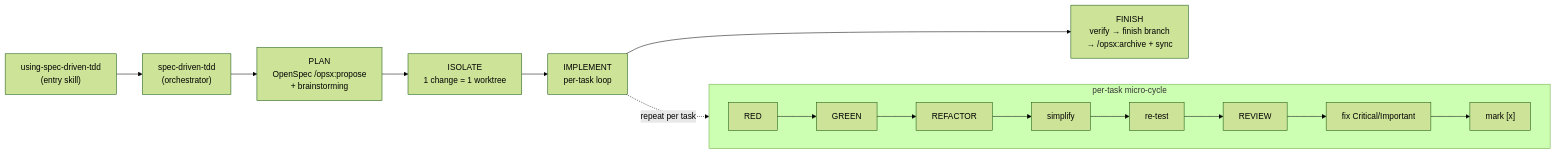
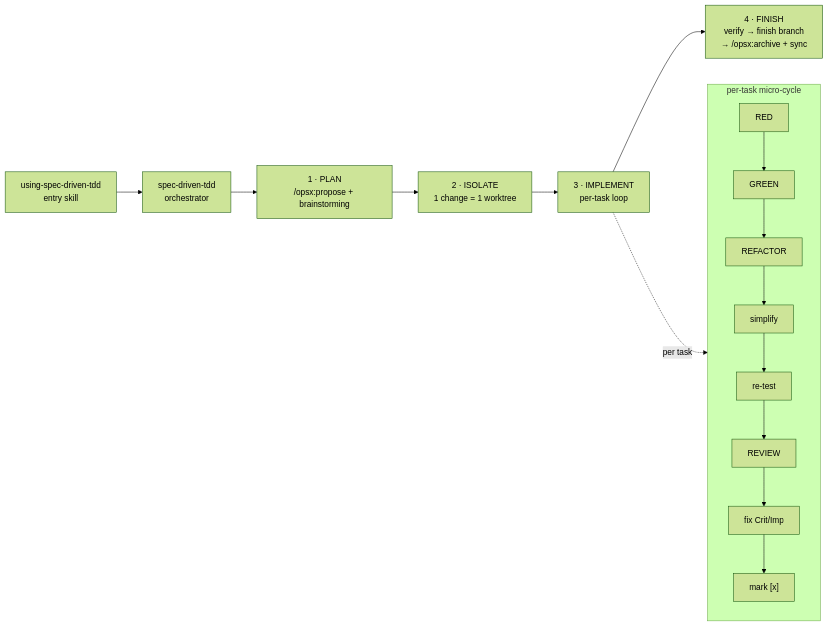
The second of 2 diagrams in README.md (strelov1/spec-driven-tdd), drawn with Mermaid (forest theme) before and after one commit. The commit also changed other lines of this file and 5 other files, not shown here.

````diff
--- a/README.md
+++ b/README.md
@@ -59,14 +67,14 @@
 ```mermaid
 flowchart LR
-    Entry["using-spec-driven-tdd<br/>(entry skill)"] --> Orch["spec-driven-tdd<br/>(orchestrator)"]
-    Orch --> P1["PLAN<br/>OpenSpec /opsx:propose<br/>+ brainstorming"]
-    P1 --> P2["ISOLATE<br/>1 change = 1 worktree"]
-    P2 --> P3["IMPLEMENT<br/>per-task loop"]
-    P3 --> P4["FINISH<br/>verify → finish branch<br/>→ /opsx:archive + sync"]
+    Entry["using-spec-driven-tdd<br/>entry skill"] --> Orch["spec-driven-tdd<br/>orchestrator"]
+    Orch --> P1["1 · PLAN<br/>/opsx:propose + brainstorming"]
+    P1 --> P2["2 · ISOLATE<br/>1 change = 1 worktree"]
+    P2 --> P3["3 · IMPLEMENT<br/>per-task loop"]
+    P3 --> P4["4 · FINISH<br/>verify → finish branch<br/>→ /opsx:archive + sync"]
 
-    subgraph Loop["per-task micro-cycle"]
-        direction LR
-        R["RED"] --> G["GREEN"] --> RF["REFACTOR"] --> S["simplify"] --> RT["re-test"] --> RV["REVIEW"] --> FX["fix Critical/Important"] --> X["mark [x]"]
+    subgraph Loop ["per-task micro-cycle"]
+        direction TB
+        R["RED"] --> G["GREEN"] --> RF["REFACTOR"] --> S["simplify"] --> RT["re-test"] --> RV["REVIEW"] --> FX["fix Crit/Imp"] --> X["mark [x]"]
     end
-    P3 -.repeat per task.-> R
+    P3 -.per task.-> R
 ```
````
